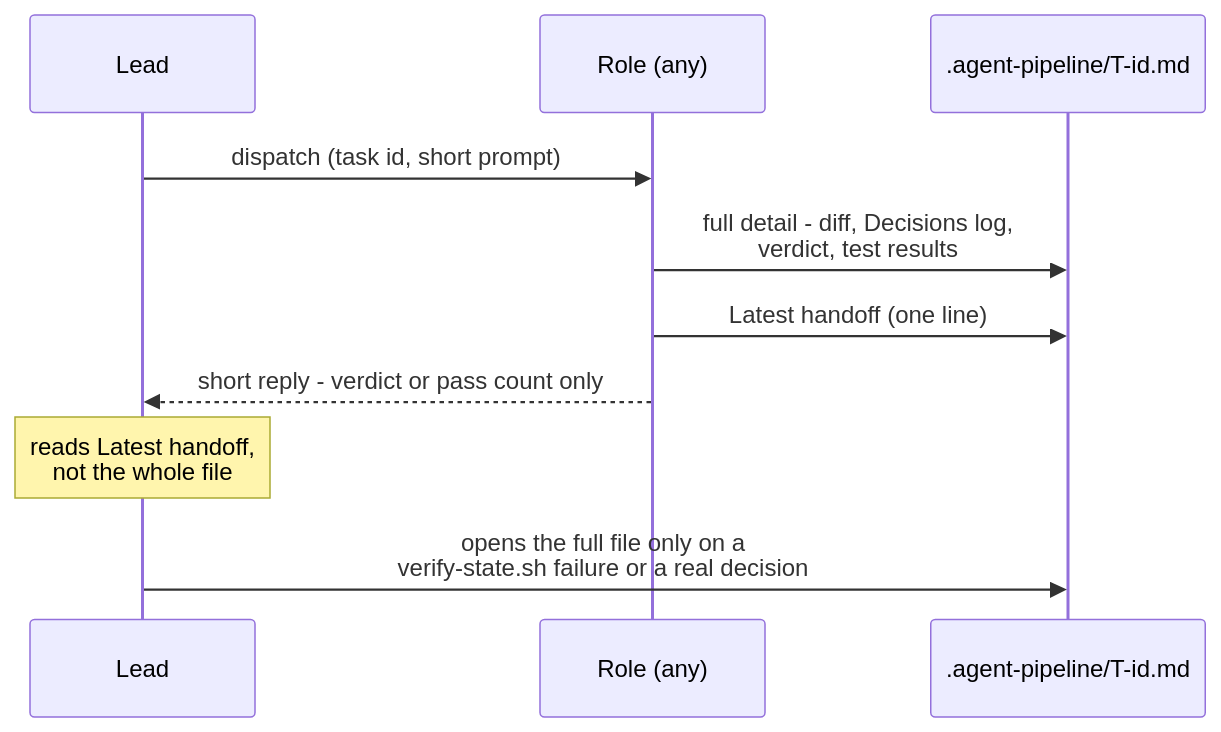
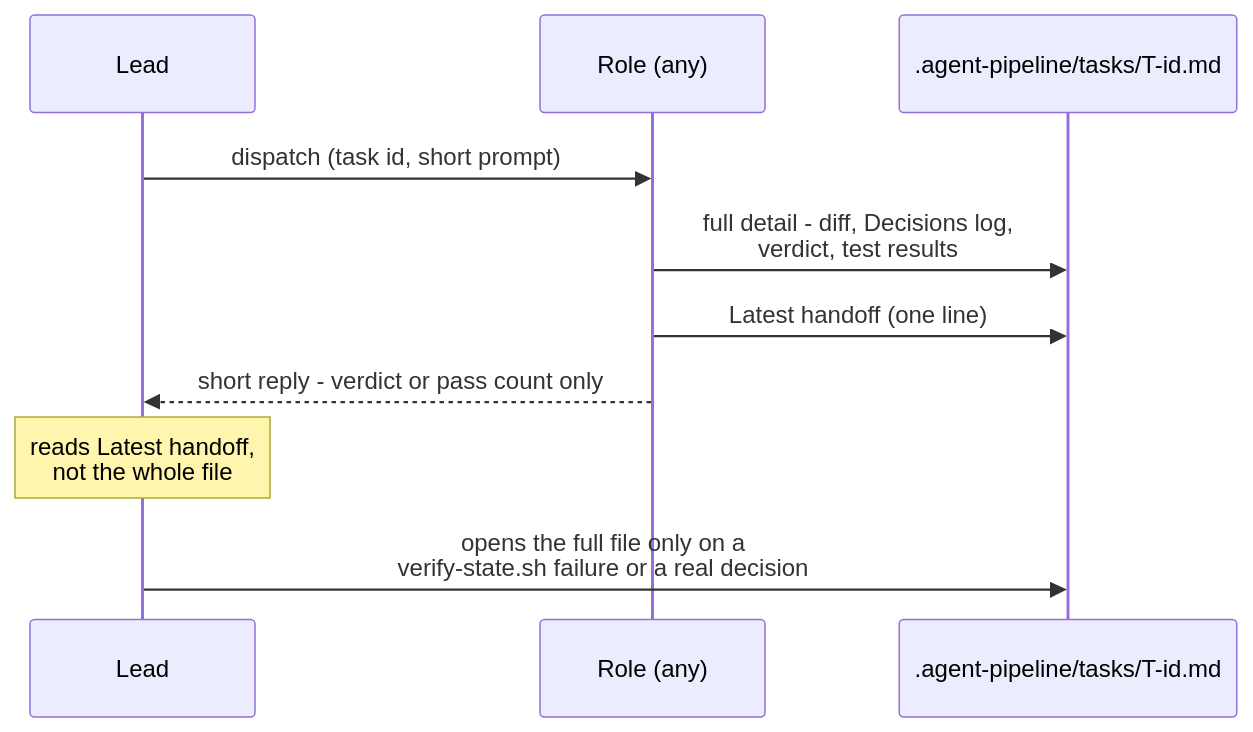
One commit to MShokry/agent-toolkit changed the second of 3 diagrams in README.md. Above: the diagram before and after it, drawn with Mermaid. The commit also changed other lines of this file and 82 other files, not shown here.

Commit message:
feat!: consolidate agent pipeline and harden upgrades

````diff
--- a/README.md
+++ b/README.md
@@ -146,13 +211,13 @@
 ```mermaid
 sequenceDiagram
     participant Lead
     participant Role as Role (any)
-    participant File as .agent-pipeline/T-id.md
+    participant File as .agent-pipeline/tasks/T-id.md
 
     Lead->>Role: dispatch (task id, short prompt)
     Role->>File: full detail - diff, Decisions log,<br/>verdict, test results
     Role->>File: Latest handoff (one line)
     Role-->>Lead: short reply - verdict or pass count only
     Note over Lead: reads Latest handoff,<br/>not the whole file
     Lead->>File: opens the full file only on a<br/>verify-state.sh failure or a real decision
 ```
````
